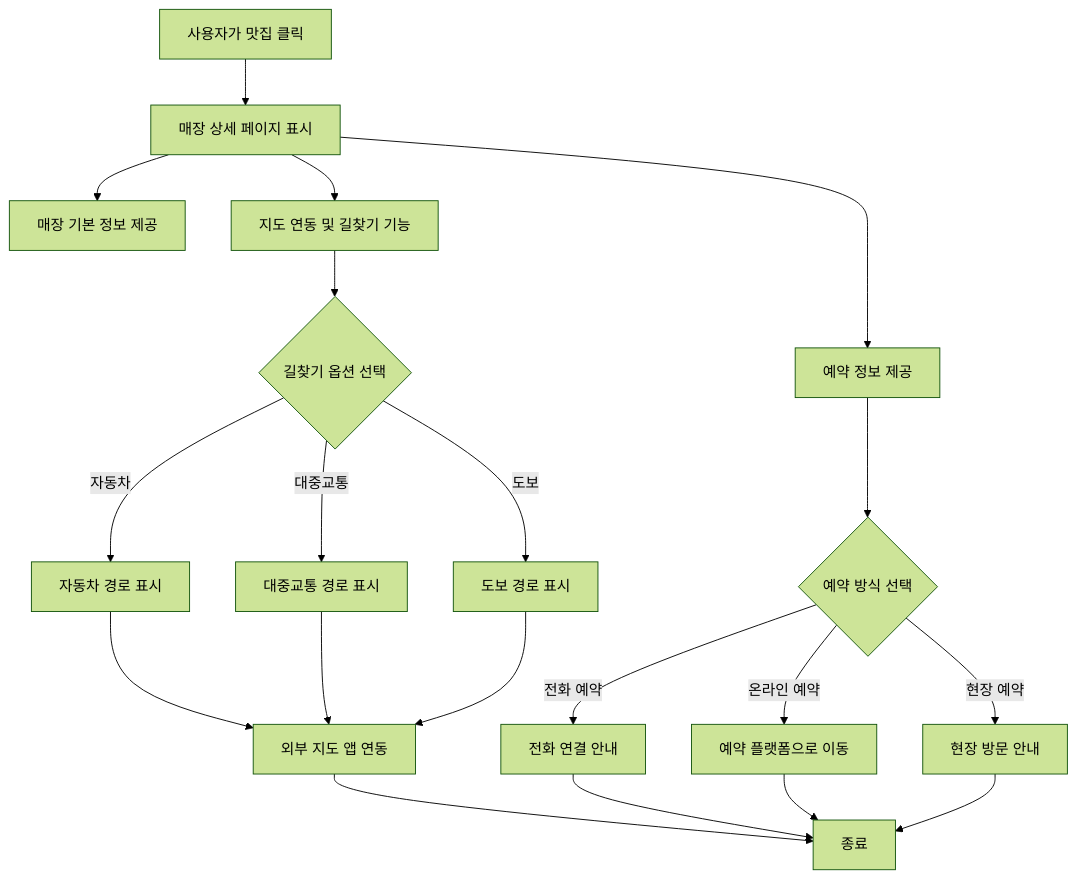
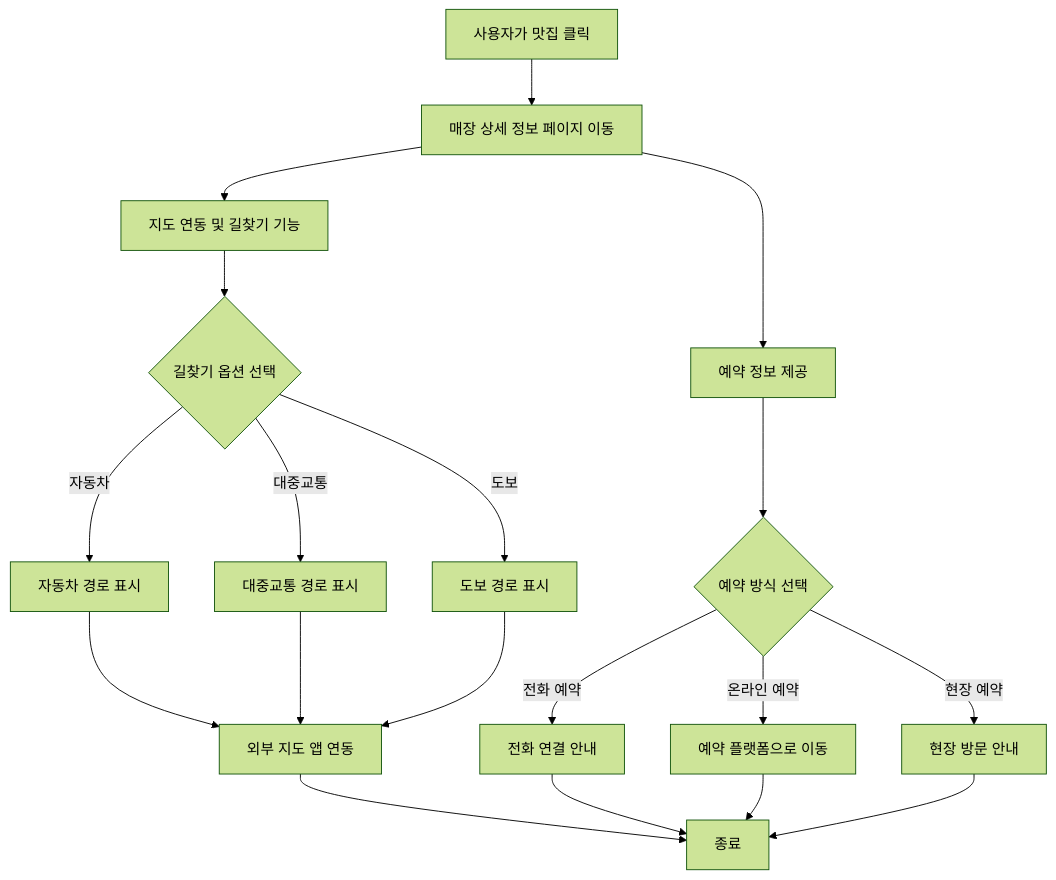
Before and after one commit to Dev-FE-3/team1-woowa-iz-JjinMat: the ninth of 25 diagrams in design/기능정의서.md, drawn with Mermaid (forest theme). The commit also changed other lines of this file, not shown here.

````diff
--- a/design/기능정의서.md
+++ b/design/기능정의서.md
@@ -311,22 +262,21 @@
 ```mermaid
 flowchart TD
-   A[사용자가 맛집 클릭] --> B[매장 상세 페이지 표시]
-    B --> C[매장 기본 정보 제공]
+   A[사용자가 맛집 클릭] --> B[매장 상세 정보 페이지 이동]
     B --> D[예약 정보 제공]
     B --> E[지도 연동 및 길찾기 기능]
     E --> F{길찾기 옵션 선택}
     F -- 자동차 --> G[자동차 경로 표시]
     F -- 대중교통 --> H[대중교통 경로 표시]
     F -- 도보 --> I[도보 경로 표시]
     G --> J[외부 지도 앱 연동]
     H --> J[외부 지도 앱 연동]
     I --> J[외부 지도 앱 연동]
     J --> Z[종료]
     D --> K{예약 방식 선택}
     K -- 전화 예약 --> L[전화 연결 안내]
     K -- 온라인 예약 --> M[예약 플랫폼으로 이동]
     K -- 현장 예약 --> N[현장 방문 안내]
     L --> Z[종료]
     M --> Z[종료]
     N --> Z[종료]
 ```
````
